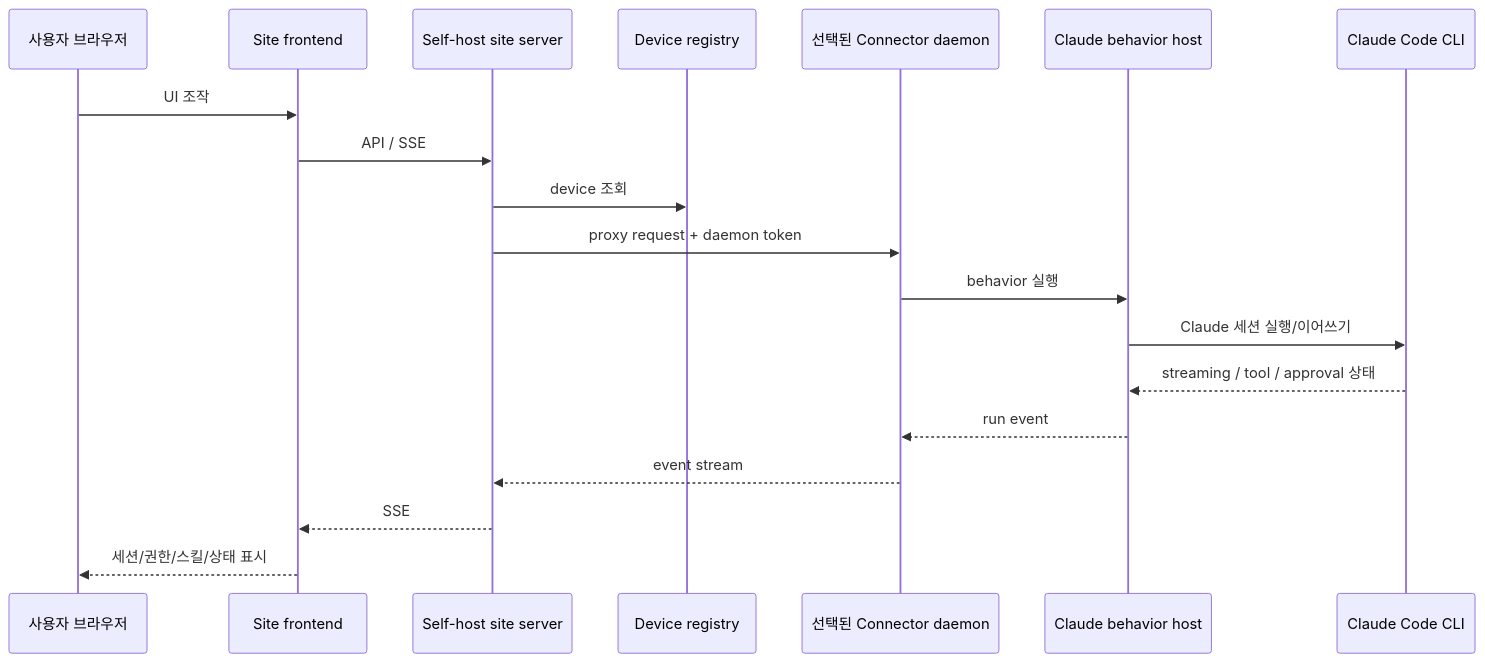
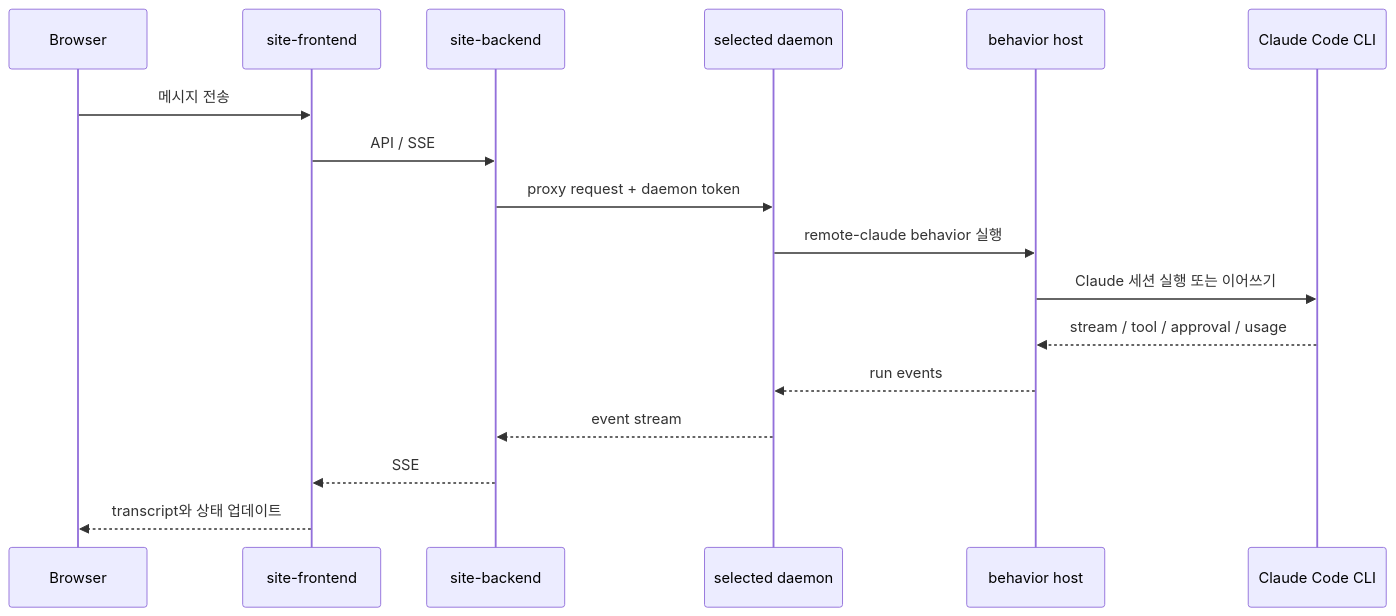
Before and after one commit to darkhtk/deskrelay: the second of 2 diagrams in README.md, drawn with Mermaid. The commit also changed other lines of this file, not shown here.

Commit message:
Rewrite self-host README

````diff
--- a/README.md
+++ b/README.md
@@ -198,22 +435,20 @@
 ```mermaid
 sequenceDiagram
-  participant B as 사용자 브라우저
-  participant F as Site frontend
-  participant S as Self-host site server
-  participant R as Device registry
-  participant D as 선택된 Connector daemon
-  participant H as Claude behavior host
+  participant B as Browser
+  participant F as site-frontend
+  participant S as site-backend
+  participant D as selected daemon
+  participant H as behavior host
   participant C as Claude Code CLI
 
-  B->>F: UI 조작
+  B->>F: 메시지 전송
   F->>S: API / SSE
-  S->>R: device 조회
   S->>D: proxy request + daemon token
-  D->>H: behavior 실행
-  H->>C: Claude 세션 실행/이어쓰기
-  C-->>H: streaming / tool / approval 상태
-  H-->>D: run event
+  D->>H: remote-claude behavior 실행
+  H->>C: Claude 세션 실행 또는 이어쓰기
+  C-->>H: stream / tool / approval / usage
+  H-->>D: run events
   D-->>S: event stream
   S-->>F: SSE
-  F-->>B: 세션/권한/스킬/상태 표시
+  F-->>B: transcript와 상태 업데이트
 ```
````
